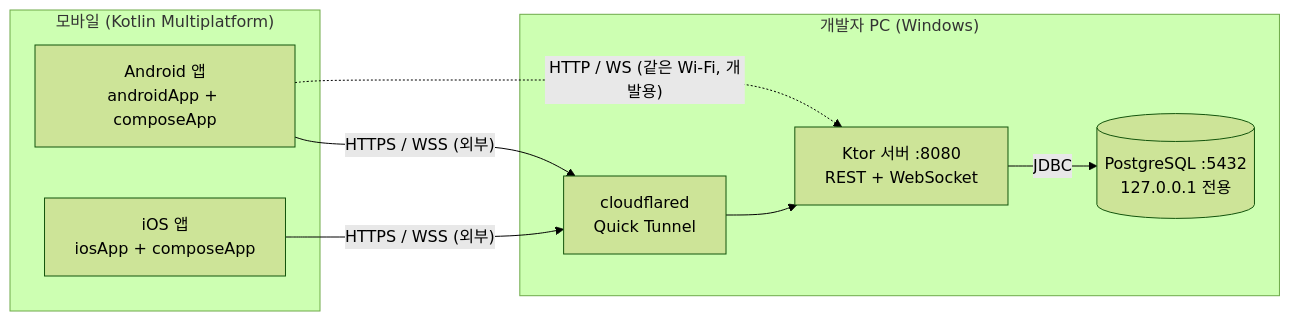
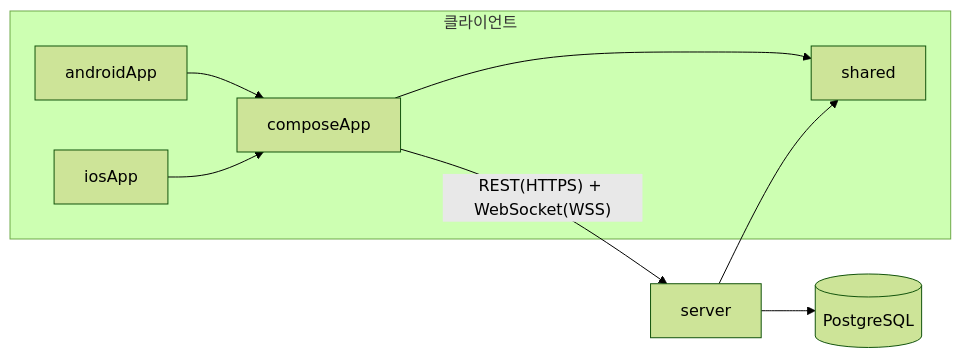
One commit to wjsekdus/Team_Network changed the first of 4 diagrams in docs/architecture/ARCHITECTURE.md. Above: the diagram before and after it, drawn with Mermaid (forest theme). The commit also changed other lines of this file and 104 other files, not shown here.

````diff
--- a/docs/architecture/ARCHITECTURE.md
+++ b/docs/architecture/ARCHITECTURE.md
@@ -5,17 +18,11 @@
 ```mermaid
 flowchart LR
-    subgraph Mobile["모바일 (Kotlin Multiplatform)"]
-        A[Android 앱<br/>androidApp + composeApp]
-        I[iOS 앱<br/>iosApp + composeApp]
+    subgraph Client["클라이언트"]
+        androidApp --> composeApp
+        iosApp --> composeApp
+        composeApp --> shared
     end
-    subgraph PC["개발자 PC (Windows)"]
-        CF[cloudflared<br/>Quick Tunnel]
-        S[Ktor 서버 :8080<br/>REST + WebSocket]
-        DB[(PostgreSQL :5432<br/>127.0.0.1 전용)]
-    end
-    A -- "HTTPS / WSS (외부)" --> CF
-    I -- "HTTPS / WSS (외부)" --> CF
-    A -. "HTTP / WS (같은 Wi-Fi, 개발용)" .-> S
-    CF --> S
-    S -- JDBC --> DB
+    server --> shared
+    composeApp -- "REST(HTTPS) + WebSocket(WSS)" --> server
+    server --> DB[(PostgreSQL)]
 ```
````
